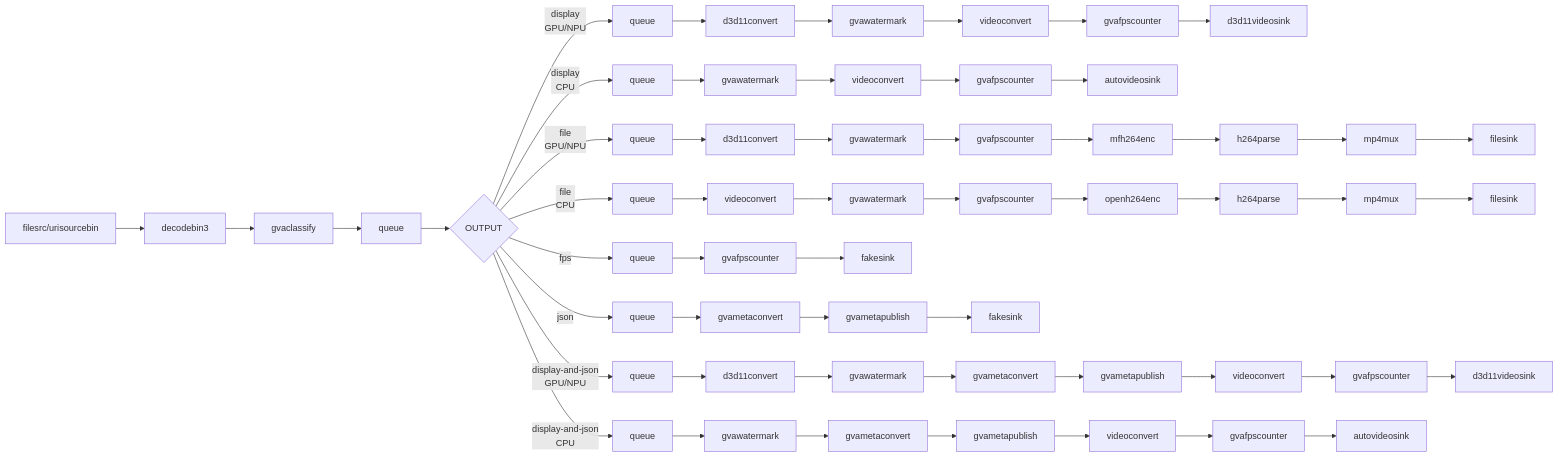
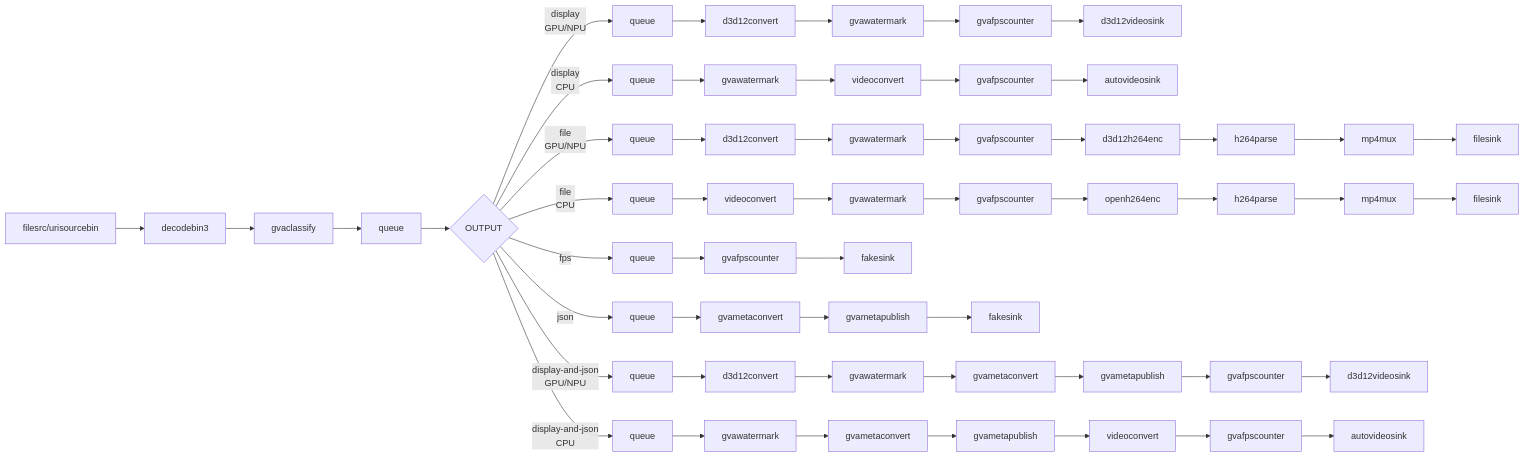
One commit to open-edge-platform/dlstreamer changed the diagram in samples/windows/gstreamer/gst_launch/human_pose_estimation/README.md. Above: the diagram before and after it, drawn with Mermaid. The commit also changed other lines of this file and 15 other files, not shown here.

````diff
--- a/samples/windows/gstreamer/gst_launch/human_pose_estimation/README.md
+++ b/samples/windows/gstreamer/gst_launch/human_pose_estimation/README.md
@@ -90,64 +90,62 @@
 ```mermaid
 graph LR
     A[filesrc/urisourcebin] --> B[decodebin3]
     B --> C[gvaclassify]
     C --> D[queue]
     D --> E{OUTPUT}
     
     E -->|display<br/>GPU/NPU| F1[queue]
-    F1 --> F2[d3d11convert]
+    F1 --> F2[d3d12convert]
     F2 --> F3[gvawatermark]
-    F3 --> F4[videoconvert]
-    F4 --> F5[gvafpscounter]
-    F5 --> F6[d3d11videosink]
+    F3 --> F5[gvafpscounter]
+    F5 --> F6[d3d12videosink]
     
     E -->|display<br/>CPU| F1C[queue]
     F1C --> F2C[gvawatermark]
     F2C --> F3C[videoconvert]
     F3C --> F4C[gvafpscounter]
     F4C --> F5C[autovideosink]
     
     E -->|file<br/>GPU/NPU| G1[queue]
-    G1 --> G2[d3d11convert]
+    G1 --> G2[d3d12convert]
     G2 --> G3[gvawatermark]
     G3 --> G4[gvafpscounter]
-    G4 --> G5[mfh264enc]
+    G4 --> G5[d3d12h264enc]
     G5 --> G6[h264parse]
     G6 --> G7[mp4mux]
     G7 --> G8[filesink]
     
     E -->|file<br/>CPU| G1C[queue]
     G1C --> G2C[videoconvert]
     G2C --> G3C[gvawatermark]
     G3C --> G4C[gvafpscounter]
     G4C --> G5C[openh264enc]
     G5C --> G6C[h264parse]
     G6C --> G7C[mp4mux]
     G7C --> G8C[filesink]
     
     E -->|fps| H1[queue]
     H1 --> H2[gvafpscounter]
     H2 --> H3[fakesink]
     
     E -->|json| I1[queue]
     I1 --> I2[gvametaconvert]
     I2 --> I3[gvametapublish]
     I3 --> I4[fakesink]
     
     E -->|display-and-json<br/>GPU/NPU| J1[queue]
-    J1 --> J2[d3d11convert]
+    J1 --> J2[d3d12convert]
     J2 --> J3[gvawatermark]
     J3 --> J4[gvametaconvert]
     J4 --> J5[gvametapublish]
-    J5 --> J6[videoconvert]
-    J6 --> J7[gvafpscounter]
-    J7 --> J8[d3d11videosink]
+    J5 --> J7[gvafpscounter]
+    J7 --> J8[d3d12videosink]
     
     E -->|display-and-json<br/>CPU| J1C[queue]
     J1C --> J2C[gvawatermark]
     J2C --> J3C[gvametaconvert]
     J3C --> J4C[gvametapublish]
     J4C --> J5C[videoconvert]
     J5C --> J6C[gvafpscounter]
     J6C --> J7C[autovideosink]
 ```
````
